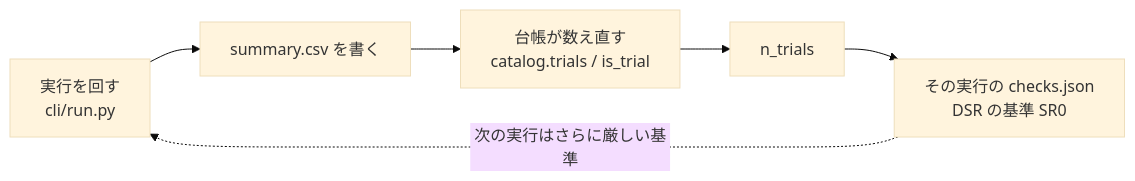
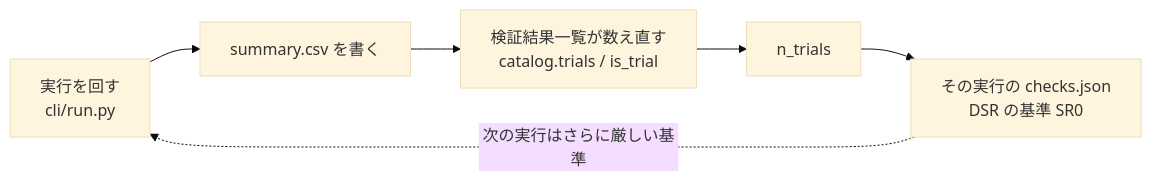
One commit to akiraak/ai-income-lab changed the third of 3 diagrams in docs/specs/experiments/feature-discovery/ledger-role.md. Above: the diagram before and after it, drawn with Mermaid (base theme). The commit also changed other lines of this file and 52 other files, not shown here.

````diff
--- a/docs/specs/experiments/feature-discovery/ledger-role.md
+++ b/docs/specs/experiments/feature-discovery/ledger-role.md
@@ -80,8 +80,8 @@
 ```mermaid
 flowchart LR
   R["実行を回す<br/>cli/run.py"] --> S["summary.csv を書く"]
-  S --> L["台帳が数え直す<br/>catalog.trials / is_trial"]
+  S --> L["検証結果一覧が数え直す<br/>catalog.trials / is_trial"]
   L --> N["n_trials"]
   N --> C["その実行の checks.json<br/>DSR の基準 SR0"]
   C -.->|"次の実行はさらに厳しい基準"| R
 ```
````
